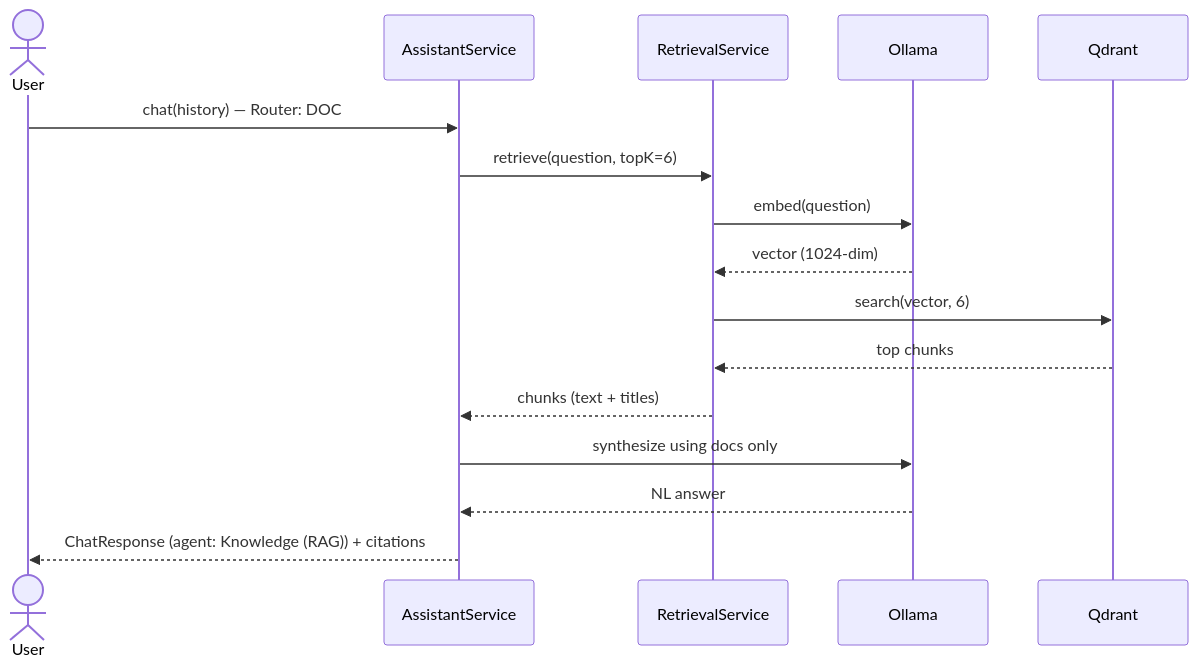
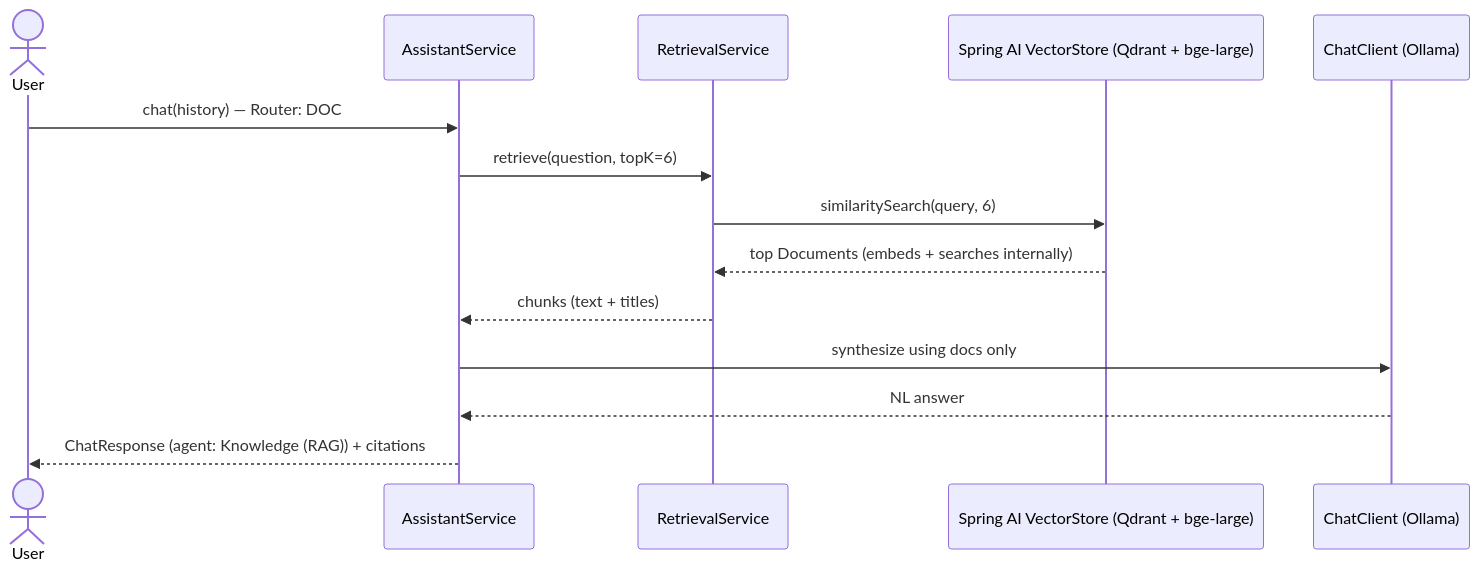
One commit to vishal6042/energy-management changed the fourth of 5 diagrams in README.md. Above: the diagram before and after it, drawn with Mermaid. The commit also changed other lines of this file, not shown here.

First line of the commit message:
Update README for Spring AI orchestrator

````diff
--- a/README.md
+++ b/README.md
@@ -274,18 +280,16 @@
 ```mermaid
 sequenceDiagram
     actor U as User
     participant O as AssistantService
     participant R as RetrievalService
-    participant L as Ollama
-    participant Q as Qdrant
+    participant VS as Spring AI VectorStore (Qdrant + bge-large)
+    participant C as ChatClient (Ollama)
     U->>O: chat(history) — Router: DOC
     O->>R: retrieve(question, topK=6)
-    R->>L: embed(question)
-    L-->>R: vector (1024-dim)
-    R->>Q: search(vector, 6)
-    Q-->>R: top chunks
+    R->>VS: similaritySearch(query, 6)
+    VS-->>R: top Documents (embeds + searches internally)
     R-->>O: chunks (text + titles)
-    O->>L: synthesize using docs only
-    L-->>O: NL answer
+    O->>C: synthesize using docs only
+    C-->>O: NL answer
     O-->>U: ChatResponse (agent: Knowledge (RAG)) + citations
 ```
````
